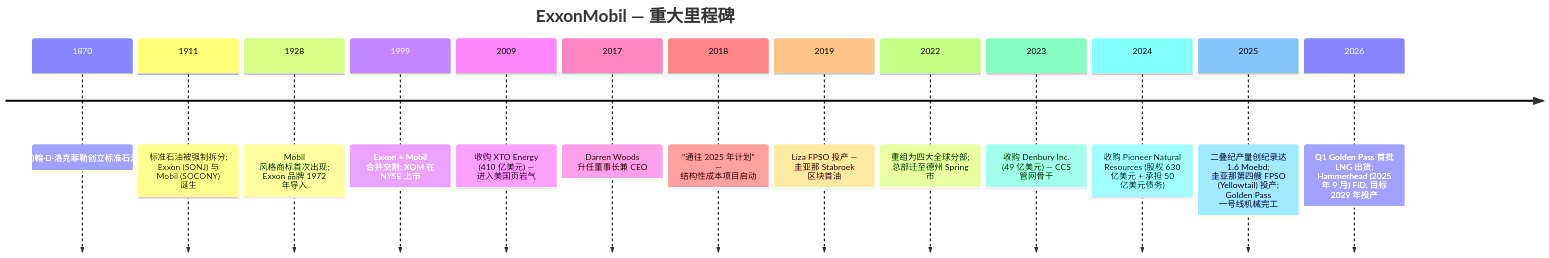
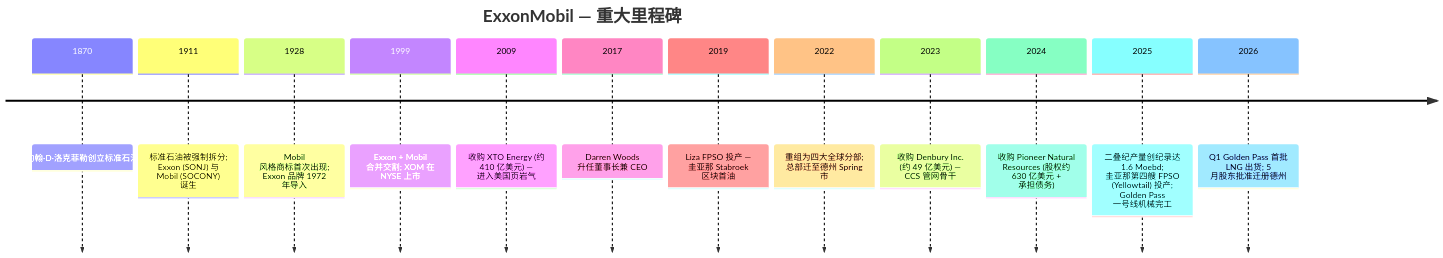
The fourth of 9 diagrams in reports/company/ExxonMobil_NYSE_XOM/ExxonMobil_NYSE_XOM_公司研究.md (dadachundan/financial_agent), drawn with Mermaid before and after one commit. The commit also changed other lines of this file and 18 other files, not shown here.

First line of the commit message:
feat(company-research): refresh ExxonMobil (XOM) to current spec — decision layer + full SVG chart suite

````diff
--- a/reports/company/ExxonMobil_NYSE_XOM/ExxonMobil_NYSE_XOM_公司研究.md
+++ b/reports/company/ExxonMobil_NYSE_XOM/ExxonMobil_NYSE_XOM_公司研究.md
@@ -73,17 +224,16 @@
 ```mermaid
 timeline
     title ExxonMobil — 重大里程碑
     1870 : 约翰·D·洛克菲勒创立标准石油
     1911 : 标准石油被强制拆分; Exxon (SONJ) 与 Mobil (SOCONY) 诞生
     1928 : Mobil 风格商标首次出现; Exxon 品牌 1972 年导入
     1999 : Exxon + Mobil 合并交割; XOM 在 NYSE 上市
-    2009 : 收购 XTO Energy (410 亿美元) — 进入美国页岩气
+    2009 : 收购 XTO Energy (约 410 亿美元) — 进入美国页岩气
     2017 : Darren Woods 升任董事长兼 CEO
-    2018 : "通往 2025 年计划" — 结构性成本项目启动
     2019 : Liza FPSO 投产 — 圭亚那 Stabroek 区块首油
     2022 : 重组为四大全球分部; 总部迁至德州 Spring 市
-    2023 : 收购 Denbury Inc. (49 亿美元) — CCS 管网骨干
-    2024 : 收购 Pioneer Natural Resources (股权 630 亿美元 + 承担 50 亿美元债务)
+    2023 : 收购 Denbury Inc. (约 49 亿美元) — CCS 管网骨干
+    2024 : 收购 Pioneer Natural Resources (股权约 630 亿美元 + 承担债务)
     2025 : 二叠纪产量创纪录达 1.6 Moebd; 圭亚那第四艘 FPSO (Yellowtail) 投产; Golden Pass 一号线机械完工
-    2026 : Q1 Golden Pass 首批 LNG 出货; Hammerhead (2025 年 9 月) FID, 目标 2029 年投产
+    2026 : Q1 Golden Pass 首批 LNG 出货; 5 月股东批准迁册德州
 ```
````
